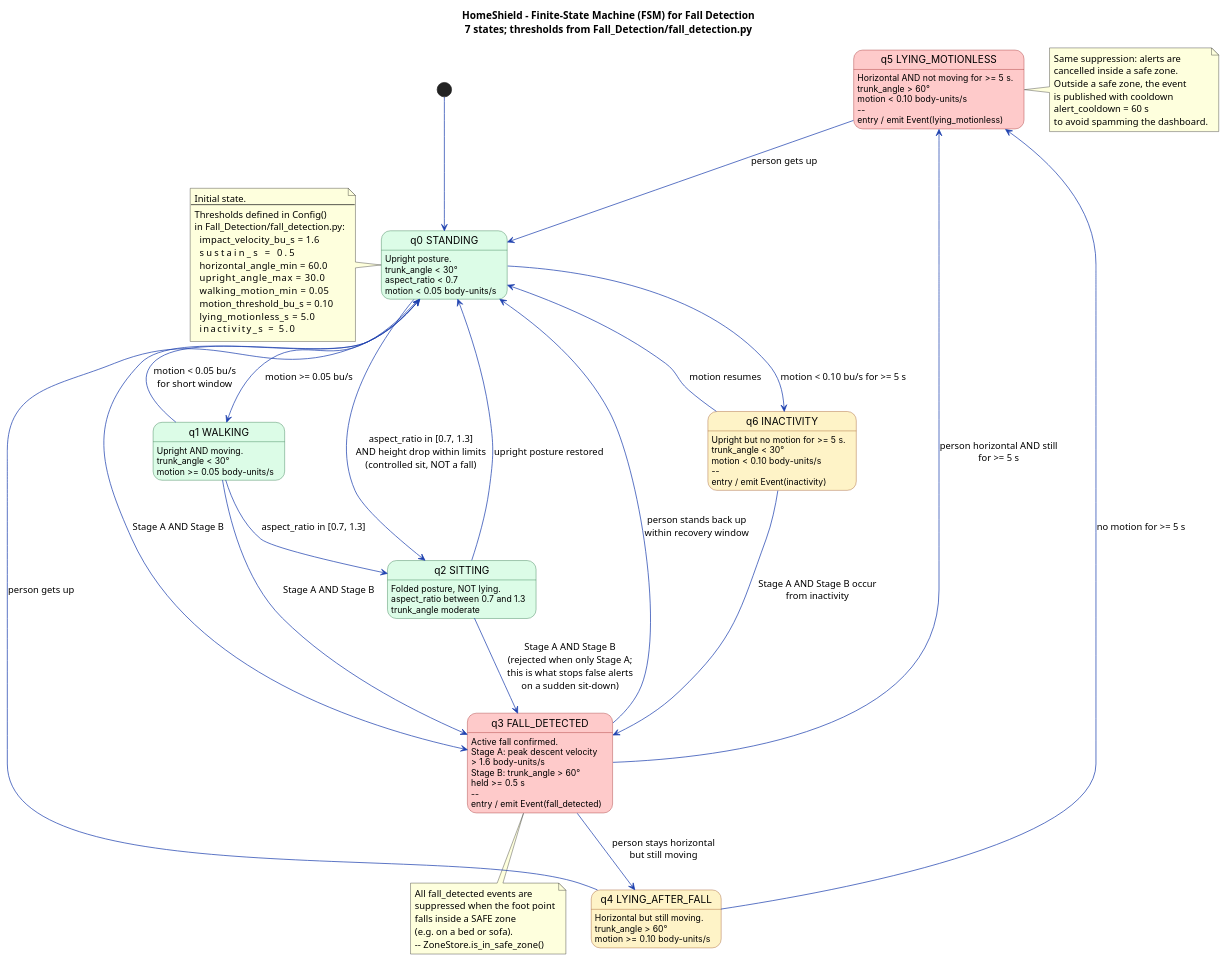
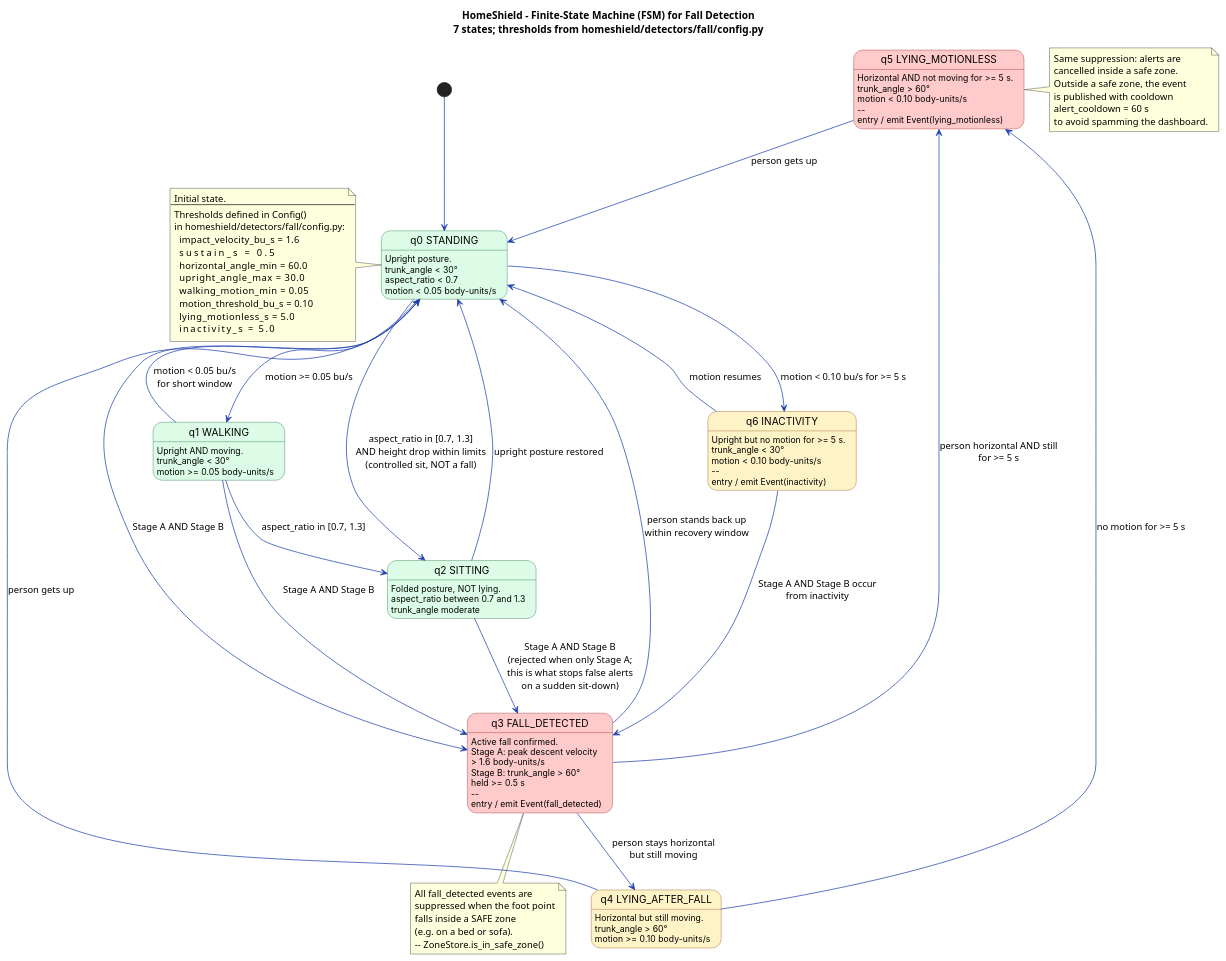
Before and after one commit to salehuddiniwan/HomeShield: the diagram in UML_Diagrams/puml/09_fsm_fall_detection.puml, drawn with PlantUML. The commit also changed 24 other files, not shown here.

First line of the commit message:
Move detectors into homeshield.detectors and add pyproject.toml

```diff
--- a/UML_Diagrams/puml/09_fsm_fall_detection.puml
+++ b/UML_Diagrams/puml/09_fsm_fall_detection.puml
@@ -1,131 +1,131 @@
 @startuml HomeShield FSM - Fall Detection
-title HomeShield - Finite-State Machine (FSM) for Fall Detection\n7 states; thresholds from Fall_Detection/fall_detection.py
+title HomeShield - Finite-State Machine (FSM) for Fall Detection\n7 states; thresholds from homeshield/detectors/fall/config.py
 
 skinparam state {
     BackgroundColor #FFFBEB
     BorderColor     #92400E
     BackgroundColor<<safe>>   #DCFCE7
     BorderColor<<safe>>       #166534
     BackgroundColor<<alert>>  #FECACA
     BorderColor<<alert>>      #991B1B
     BackgroundColor<<warn>>   #FEF3C7
     BorderColor<<warn>>       #92400E
     FontName Inter
 }
 
 skinparam ArrowColor #1E40AF
 
 [*] --> STANDING
 
 state "q0 STANDING" as STANDING <<safe>> {
     STANDING : Upright posture.
     STANDING : trunk_angle < 30°
     STANDING : aspect_ratio < 0.7
     STANDING : motion < 0.05 body-units/s
 }
 
 state "q1 WALKING" as WALKING <<safe>> {
     WALKING : Upright AND moving.
     WALKING : trunk_angle < 30°
     WALKING : motion >= 0.05 body-units/s
 }
 
 state "q2 SITTING" as SITTING <<safe>> {
     SITTING : Folded posture, NOT lying.
     SITTING : aspect_ratio between 0.7 and 1.3
     SITTING : trunk_angle moderate
 }
 
 state "q3 FALL_DETECTED" as FALL <<alert>> {
     FALL : Active fall confirmed.
     FALL : Stage A: peak descent velocity\n> 1.6 body-units/s
     FALL : Stage B: trunk_angle > 60°\nheld >= 0.5 s
     FALL : --
     FALL : entry / emit Event(fall_detected)
 }
 
 state "q4 LYING_AFTER_FALL" as LYING_AFTER <<warn>> {
     LYING_AFTER : Horizontal but still moving.
     LYING_AFTER : trunk_angle > 60°
     LYING_AFTER : motion >= 0.10 body-units/s
 }
 
 state "q5 LYING_MOTIONLESS" as MOTIONLESS <<alert>> {
     MOTIONLESS : Horizontal AND not moving for >= 5 s.
     MOTIONLESS : trunk_angle > 60°
     MOTIONLESS : motion < 0.10 body-units/s
     MOTIONLESS : --
     MOTIONLESS : entry / emit Event(lying_motionless)
 }
 
 state "q6 INACTIVITY" as INACTIVITY <<warn>> {
     INACTIVITY : Upright but no motion for >= 5 s.
     INACTIVITY : trunk_angle < 30°
     INACTIVITY : motion < 0.10 body-units/s
     INACTIVITY : --
     INACTIVITY : entry / emit Event(inactivity)
 }
 
 ' ====== Transitions ======
 
 ' Normal locomotion
 STANDING --> WALKING        : motion >= 0.05 bu/s
 WALKING  --> STANDING       : motion < 0.05 bu/s\nfor short window
 STANDING --> SITTING        : aspect_ratio in [0.7, 1.3]\nAND height drop within limits\n(controlled sit, NOT a fall)
 SITTING  --> STANDING       : upright posture restored
 WALKING  --> SITTING        : aspect_ratio in [0.7, 1.3]
 
 ' --- Fall trigger (rising edge from any upright/sitting state) ---
 STANDING --> FALL  : Stage A AND Stage B
 WALKING  --> FALL  : Stage A AND Stage B
 SITTING  --> FALL  : Stage A AND Stage B\n(rejected when only Stage A;\nthis is what stops false alerts\non a sudden sit-down)
 
 ' --- After-fall path ---
 FALL          --> LYING_AFTER  : person stays horizontal\nbut still moving
 FALL          --> MOTIONLESS   : person horizontal AND still\nfor >= 5 s
 FALL          --> STANDING     : person stands back up\nwithin recovery window
 
 LYING_AFTER   --> MOTIONLESS   : no motion for >= 5 s
 LYING_AFTER   --> STANDING     : person gets up
 
 MOTIONLESS    --> STANDING     : person gets up
 
 ' --- Inactivity branch ---
 STANDING   --> INACTIVITY  : motion < 0.10 bu/s for >= 5 s
 INACTIVITY --> STANDING    : motion resumes
 INACTIVITY --> FALL        : Stage A AND Stage B occur\nfrom inactivity
 
 ' Suppression rules (annotation only)
 note bottom of FALL
   All fall_detected events are
   suppressed when the foot point
   falls inside a SAFE zone
   (e.g. on a bed or sofa).
   -- ZoneStore.is_in_safe_zone()
 end note
 
 note right of MOTIONLESS
   Same suppression: alerts are
   cancelled inside a safe zone.
   Outside a safe zone, the event
   is published with cooldown
   alert_cooldown = 60 s
   to avoid spamming the dashboard.
 end note
 
 note left of STANDING
   Initial state.
   --
   Thresholds defined in Config()
-  in Fall_Detection/fall_detection.py:
+  in homeshield/detectors/fall/config.py:
     impact_velocity_bu_s   = 1.6
     sustain_s              = 0.5
     horizontal_angle_min   = 60.0
     upright_angle_max      = 30.0
     walking_motion_min     = 0.05
     motion_threshold_bu_s  = 0.10
     lying_motionless_s     = 5.0
     inactivity_s           = 5.0
 end note
 
 @enduml
```
